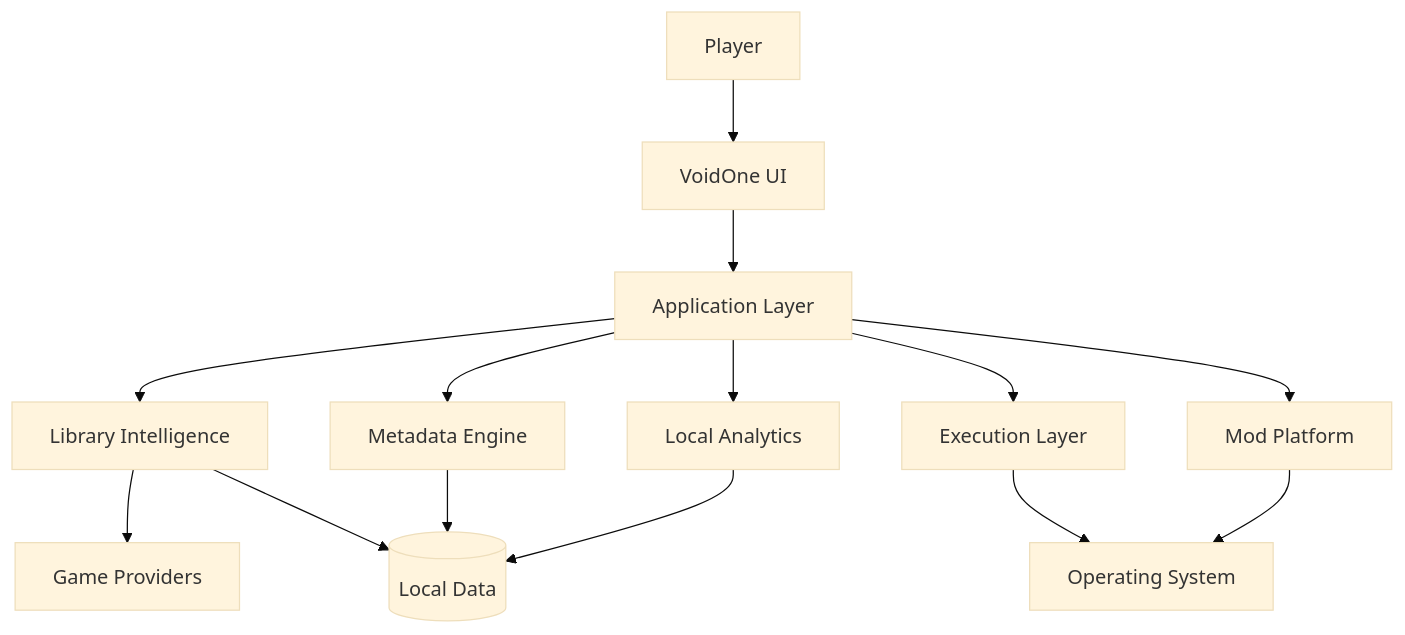
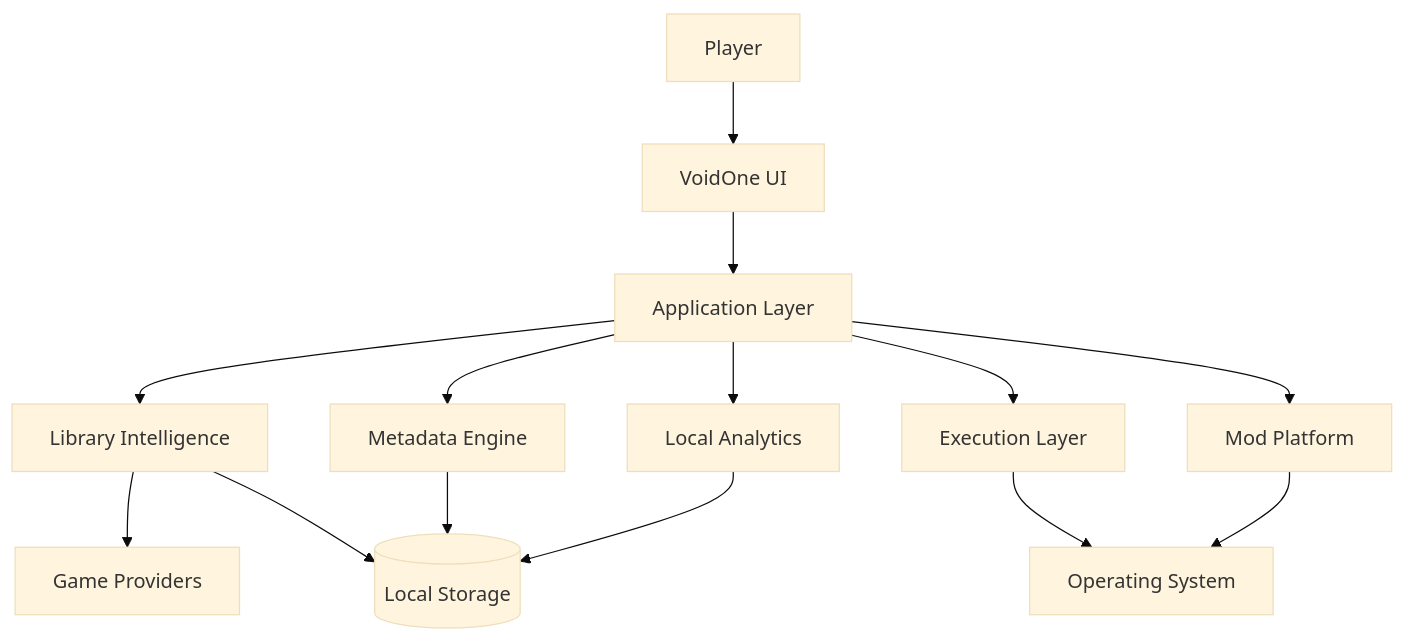
One commit to VoidOne-App/VoidOne changed the second of 2 diagrams in README.md. Above: the diagram before and after it, drawn with Mermaid (base theme). The commit also changed other lines of this file, not shown here.

````diff
--- a/README.md
+++ b/README.md
@@ -555,32 +616,32 @@
 ```mermaid
 flowchart TB
     PLAYER["Player"]
 
     UI["VoidOne UI"]
     APP["Application Layer"]
     LIB["Library Intelligence"]
     META["Metadata Engine"]
     EXEC["Execution Layer"]
     MOD["Mod Platform"]
     ANALYTICS["Local Analytics"]
 
-    DB[("Local Data")]
+    DB[("Local Storage")]
     OS["Operating System"]
     PROVIDERS["Game Providers"]
 
     PLAYER --> UI
     UI --> APP
 
     APP --> LIB
     APP --> META
     APP --> EXEC
     APP --> MOD
     APP --> ANALYTICS
 
     LIB --> PROVIDERS
     LIB --> DB
     META --> DB
     EXEC --> OS
     MOD --> OS
     ANALYTICS --> DB
 ```
````
